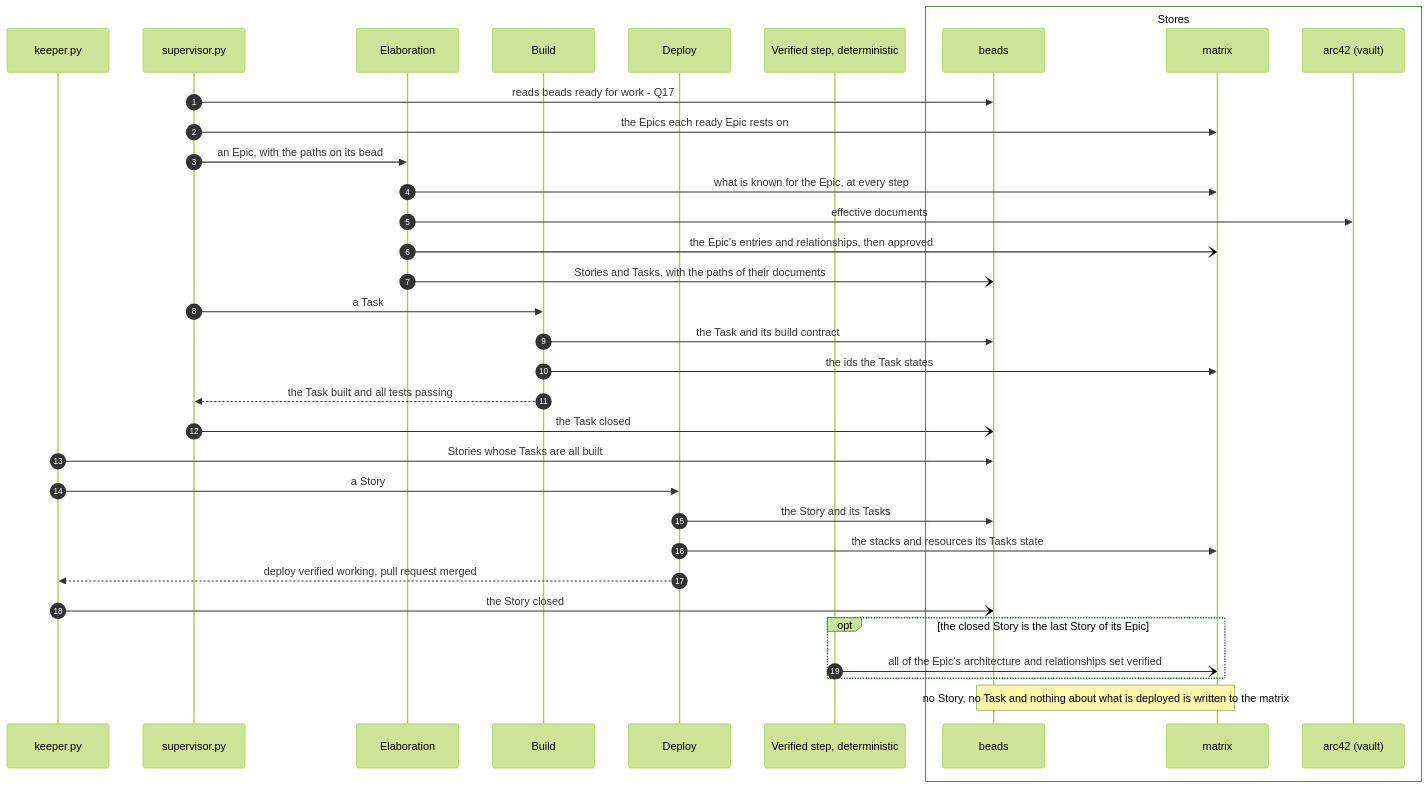
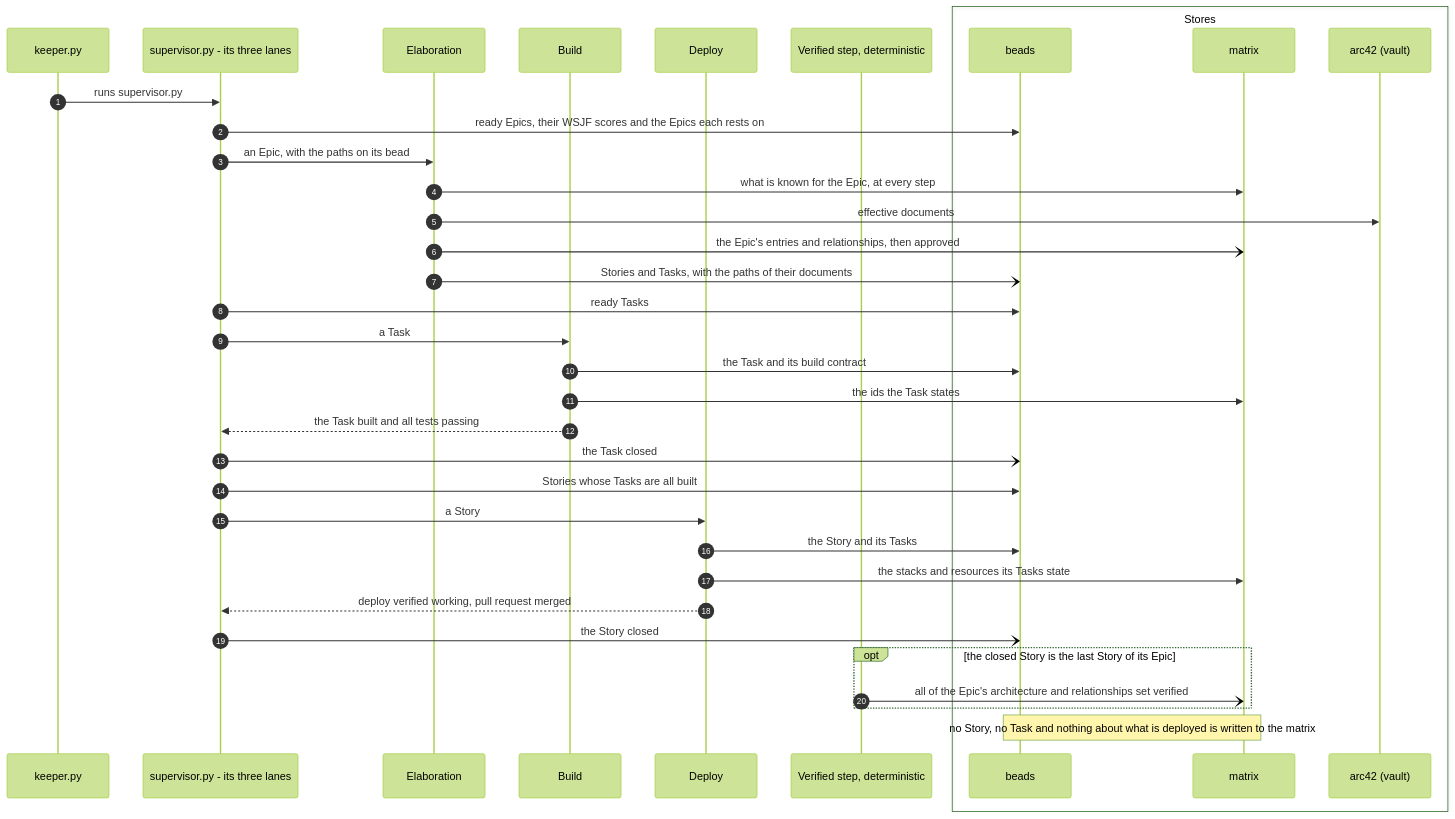
The eighth of 8 diagrams in plugins/agent-teams-workforce/blueprint/design/pipelines-driver.md (mark-satterfield/toolset), drawn with Mermaid (forest theme) before and after one commit. The commit also changed other lines of this file and 1 other file, not shown here.

First line of the commit message:
docs(blueprint): draw keeper and supervisor from their code and start the driver at a ready Epic

````diff
--- a/plugins/agent-teams-workforce/blueprint/design/pipelines-driver.md
+++ b/plugins/agent-teams-workforce/blueprint/design/pipelines-driver.md
@@ -371,38 +433,39 @@
 ```mermaid
 sequenceDiagram
     autonumber
     participant K as keeper.py
-    participant S as supervisor.py
+    participant S as supervisor.py - its three lanes
     participant EL as Elaboration
     participant BU as Build
     participant DE as Deploy
     participant V as Verified step, deterministic
     box Stores
         participant BD as beads
         participant MX as matrix
         participant A42 as arc42 (vault)
     end
 
-    S->>BD: reads beads ready for work - Q17
-    S->>MX: the Epics each ready Epic rests on
+    K->>S: runs supervisor.py
+    S->>BD: ready Epics, their WSJF scores and the Epics each rests on
     S->>EL: an Epic, with the paths on its bead
     EL->>MX: what is known for the Epic, at every step
     EL->>A42: effective documents
     EL-)MX: the Epic's entries and relationships, then approved
     EL-)BD: Stories and Tasks, with the paths of their documents
+    S->>BD: ready Tasks
     S->>BU: a Task
     BU->>BD: the Task and its build contract
     BU->>MX: the ids the Task states
     BU-->>S: the Task built and all tests passing
     S-)BD: the Task closed
-    K->>BD: Stories whose Tasks are all built
-    K->>DE: a Story
+    S->>BD: Stories whose Tasks are all built
+    S->>DE: a Story
     DE->>BD: the Story and its Tasks
     DE->>MX: the stacks and resources its Tasks state
-    DE-->>K: deploy verified working, pull request merged
-    K-)BD: the Story closed
+    DE-->>S: deploy verified working, pull request merged
+    S-)BD: the Story closed
     opt the closed Story is the last Story of its Epic
         V-)MX: all of the Epic's architecture and relationships set verified
     end
     Note over BD,MX: no Story, no Task and nothing about what is deployed is written to the matrix
 ```
````
